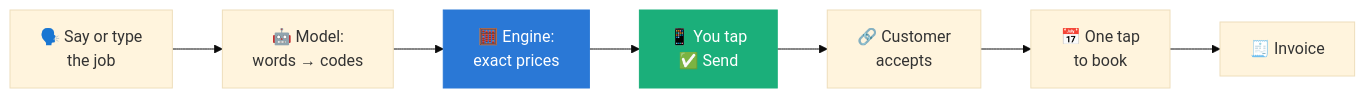
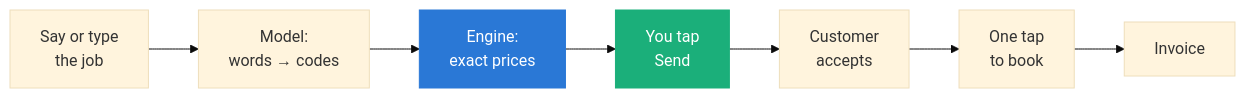
One commit to MKempler/docket changed the diagram in README.md. Above: the diagram before and after it, drawn with Mermaid (base theme). The commit also changed other lines of this file, not shown here.

Commit message:
README: drop decorative emojis (headings, glance table, diagram, setup table); keep literal button labels

````diff
--- a/README.md
+++ b/README.md
@@ -84,11 +84,11 @@
 ```mermaid
 flowchart LR
-    A["🗣️ Say or type<br/>the job"] --> B["🤖 Model:<br/>words → codes"]
-    B --> C["🧮 Engine:<br/>exact prices"]
-    C --> D["📱 You tap<br/>✅ Send"]
-    D --> E["🔗 Customer<br/>accepts"]
-    E --> F["📅 One tap<br/>to book"]
-    F --> G["🧾 Invoice"]
+    A["Say or type<br/>the job"] --> B["Model:<br/>words → codes"]
+    B --> C["Engine:<br/>exact prices"]
+    C --> D["You tap<br/>Send"]
+    D --> E["Customer<br/>accepts"]
+    E --> F["One tap<br/>to book"]
+    F --> G["Invoice"]
     style C fill:#2a78d6,color:#fff,stroke:#2a78d6
     style D fill:#1baf7a,color:#fff,stroke:#1baf7a
 ```
````
